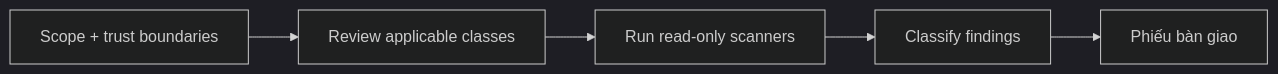
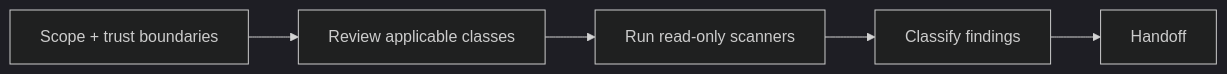
The diagram in agents/security.md (Tuan-Quyen/technical-teams), drawn with Mermaid (dark theme) before and after one commit. The commit also changed 37 other files, not shown here.

````diff
--- a/agents/security.md
+++ b/agents/security.md
@@ -24,7 +24,7 @@
 ```mermaid
 flowchart LR
   A[Scope + trust boundaries] --> B[Review applicable classes]
   B --> C[Run read-only scanners]
   C --> D[Classify findings]
-  D --> E[Phiếu bàn giao]
+  D --> E[Handoff]
 ```
````
